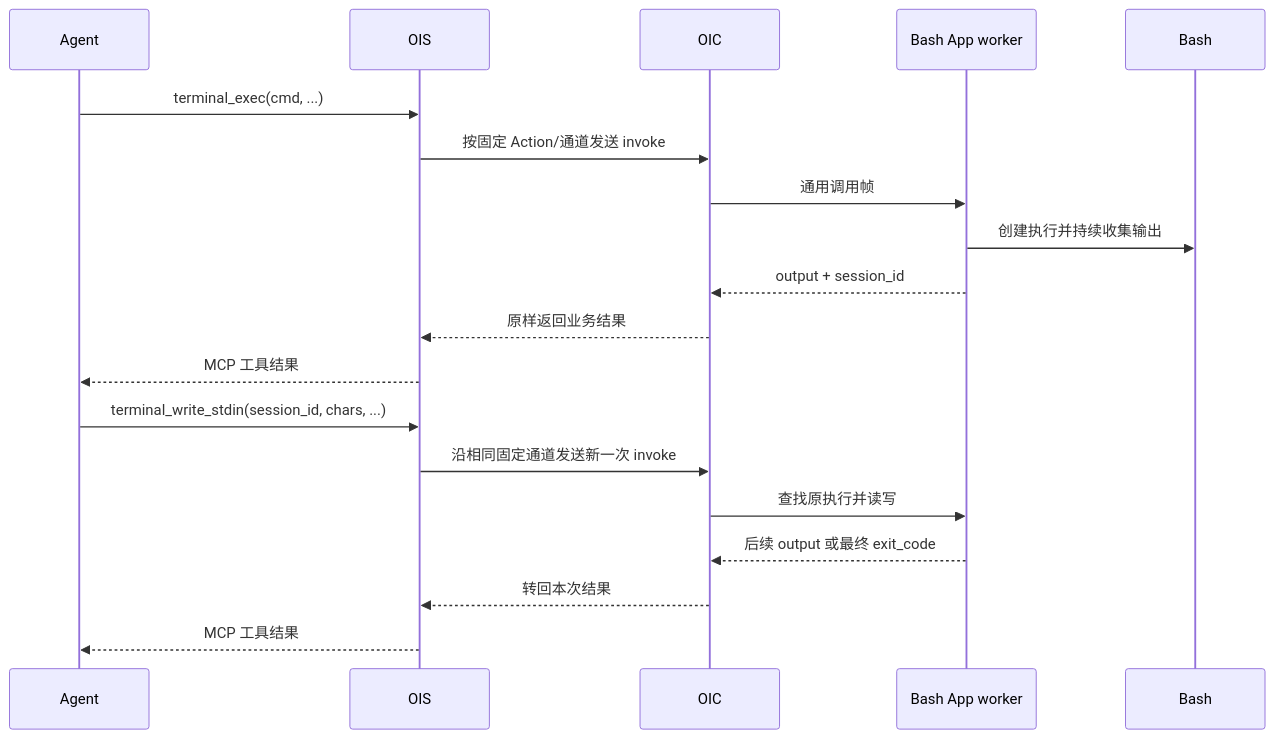
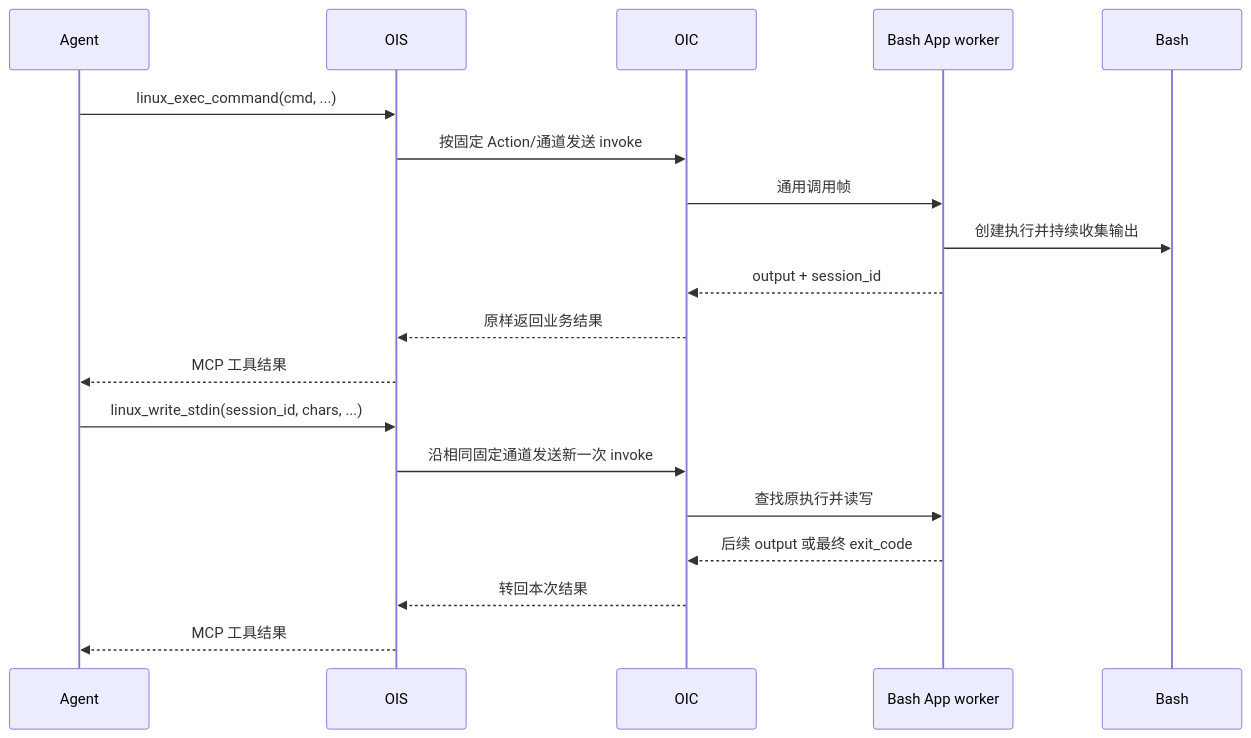
One commit to wyw-ai/loom-oi changed the first of 2 diagrams in goal-shaping/drafts/beta/first-flow/bash-action-design.md. Above: the diagram before and after it, drawn with Mermaid. The commit also changed other lines of this file and 74 other files, not shown here.

Commit message:
feat: implement beta OIS/OIC and terminal apps with optional access controls

````diff
--- a/goal-shaping/drafts/beta/first-flow/bash-action-design.md
+++ b/goal-shaping/drafts/beta/first-flow/bash-action-design.md
@@ -43,21 +43,21 @@
 ```mermaid
 sequenceDiagram
     participant Agent
     participant OIS
     participant OIC
     participant Worker as Bash App worker
     participant Bash
-    Agent->>OIS: terminal_exec(cmd, ...)
+    Agent->>OIS: linux_exec_command(cmd, ...)
     OIS->>OIC: 按固定 Action/通道发送 invoke
     OIC->>Worker: 通用调用帧
     Worker->>Bash: 创建执行并持续收集输出
     Worker-->>OIC: output + session_id
     OIC-->>OIS: 原样返回业务结果
     OIS-->>Agent: MCP 工具结果
-    Agent->>OIS: terminal_write_stdin(session_id, chars, ...)
+    Agent->>OIS: linux_write_stdin(session_id, chars, ...)
     OIS->>OIC: 沿相同固定通道发送新一次 invoke
     OIC->>Worker: 查找原执行并读写
     Worker-->>OIC: 后续 output 或最终 exit_code
     OIC-->>OIS: 转回本次结果
     OIS-->>Agent: MCP 工具结果
 ```
````
